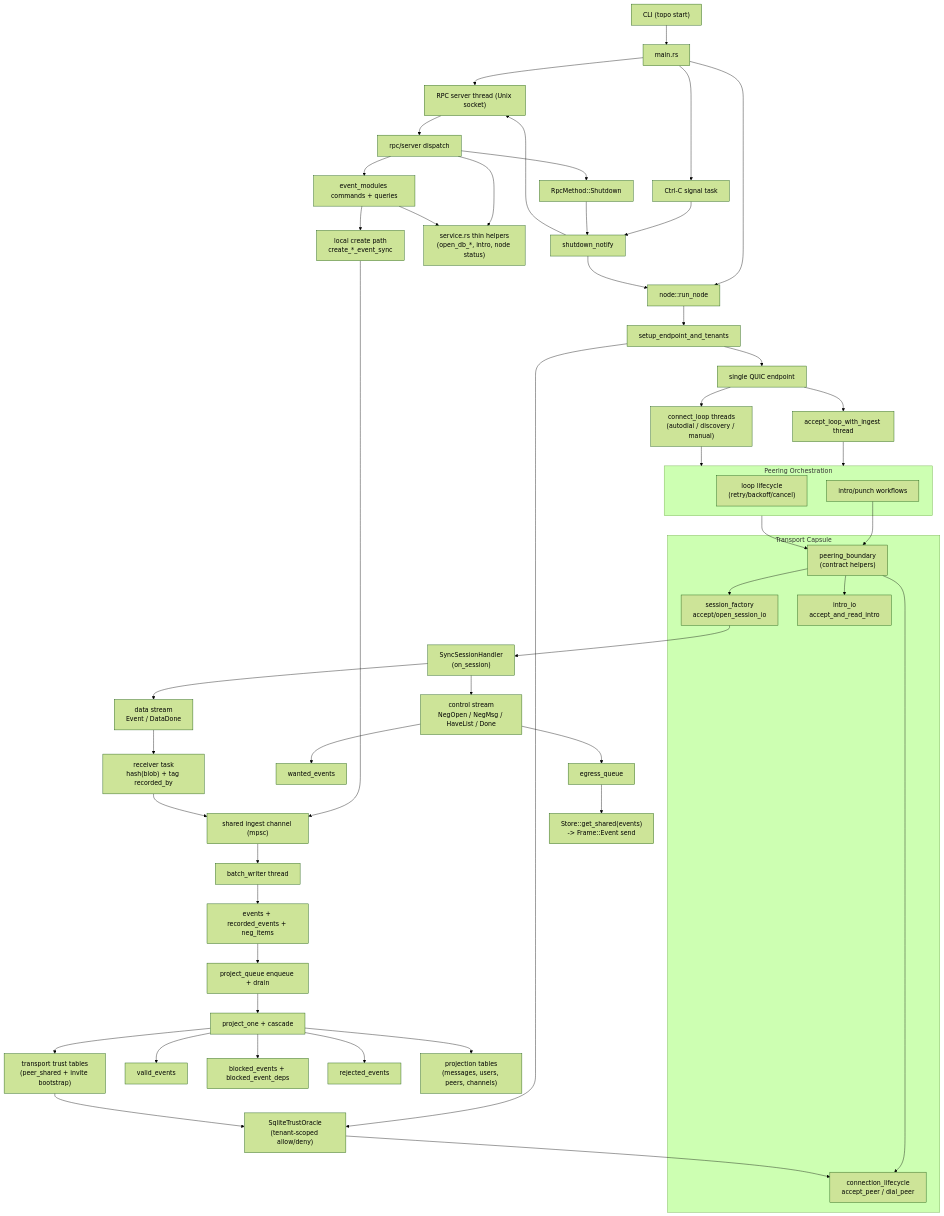
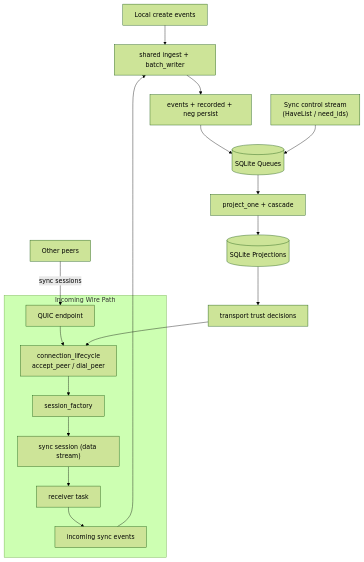
The second of 5 diagrams in docs/CURRENT_RUNTIME_DIAGRAM.md (holmesworcester/topo), drawn with Mermaid (forest theme) before and after one commit. The commit also changed other lines of this file, not shown here.

Commit message:
Reorder runtime diagrams and keep topology as reference

````diff
--- a/docs/CURRENT_RUNTIME_DIAGRAM.md
+++ b/docs/CURRENT_RUNTIME_DIAGRAM.md
@@ -39,73 +39,23 @@
 ```mermaid
 flowchart TD
-    CLI["CLI (topo start)"] --> MAIN["main.rs"]
-    MAIN --> RPC["RPC server thread (Unix socket)"]
-    MAIN --> NODE["node::run_node"]
-    MAIN --> SIG["Ctrl-C signal task"]
-    SIG --> SHUT_N["shutdown_notify"]
+    LOCAL["Local create events"] --> INGEST["shared ingest + batch_writer"]
+    OTHERS["Other peers"] -->|"sync sessions"| EP
 
-    RPC --> DISPATCH["rpc/server dispatch"]
-    DISPATCH --> SHUT_REQ["RpcMethod::Shutdown"]
-    SHUT_REQ --> SHUT_N
-    DISPATCH --> EMQ["event_modules commands + queries"]
-    DISPATCH --> SVC["service.rs thin helpers\n(open_db_*, intro, node status)"]
-    EMQ --> SVC
-
-    EMQ --> LOCAL["local create path\ncreate_*_event_sync"]
-    LOCAL --> INGEST["shared ingest channel (mpsc)"]
-
-    NODE --> START["setup_endpoint_and_tenants"]
-    START --> EP["single QUIC endpoint"]
-    START --> TRUST["SqliteTrustOracle\n(tenant-scoped allow/deny)"]
-
-    INGEST --> WRITER["batch_writer thread"]
-    WRITER --> STORE["events + recorded_events + neg_items"]
-    STORE --> PROJ_Q["project_queue enqueue + drain"]
-    PROJ_Q --> PROJ["project_one + cascade"]
-
-    EP --> ACCEPT["accept_loop_with_ingest thread"]
-    EP --> CONNECT["connect_loop threads\n(autodial / discovery / manual)"]
-
-    ACCEPT --> ORCH
-    CONNECT --> ORCH
-
-    subgraph ORCH["Peering Orchestration"]
-      CYCLE["loop lifecycle\n(retry/backoff/cancel)"]
-      INTRO["intro/punch workflows"]
+    subgraph NET["Incoming Wire Path"]
+      EP["QUIC endpoint"] --> LIFE["connection_lifecycle\naccept_peer / dial_peer"]
+      LIFE --> FACT["session_factory"]
+      FACT --> SESS["sync session (data stream)"]
+      SESS --> RECV["receiver task"]
+      RECV --> INCOMING["incoming sync events"]
     end
 
-    subgraph TRANS["Transport Capsule"]
-      BOUND["peering_boundary\n(contract helpers)"]
-      LIFE["connection_lifecycle\naccept_peer / dial_peer"]
-      FACT["session_factory\naccept/open_session_io"]
-      IIO["intro_io\naccept_and_read_intro"]
-    end
+    INCOMING --> INGEST
+    INGEST --> STORE["events + recorded + neg persist"]
+    STORE --> QDB[("SQLite Queues")]
+    QDB --> APPLY["project_one + cascade"]
+    APPLY --> PDB[("SQLite Projections")]
 
-    ORCH --> BOUND
-    INTRO --> BOUND
-    BOUND --> LIFE
-    BOUND --> FACT
-    BOUND --> IIO
-
-    FACT --> SYNC["SyncSessionHandler\n(on_session)"]
-    SYNC --> CTRL_STREAM["control stream\nNegOpen / NegMsg / HaveList / Done"]
-    SYNC --> DATA["data stream\nEvent / DataDone"]
-
-    CTRL_STREAM --> WANT["wanted_events"]
-    CTRL_STREAM --> EGRESS["egress_queue"]
-    EGRESS --> SEND["Store::get_shared(events)\n-> Frame::Event send"]
-
-    DATA --> RECV["receiver task\nhash(blob) + tag recorded_by"]
-    RECV --> INGEST
-
-    PROJ --> VALID["valid_events"]
-    PROJ --> BLOCKED["blocked_events + blocked_event_deps"]
-    PROJ --> REJECTED["rejected_events"]
-    PROJ --> READS["projection tables\n(messages, users, peers, channels)"]
-    PROJ --> TRUST_DB["transport trust tables\n(peer_shared + invite bootstrap)"]
-
-    TRUST_DB --> TRUST
+    CTRL["Sync control stream\n(HaveList / need_ids)"] --> QDB
+    PDB --> TRUST["transport trust decisions"]
     TRUST --> LIFE
-    SHUT_N --> NODE
-    SHUT_N --> RPC
 ```
````
